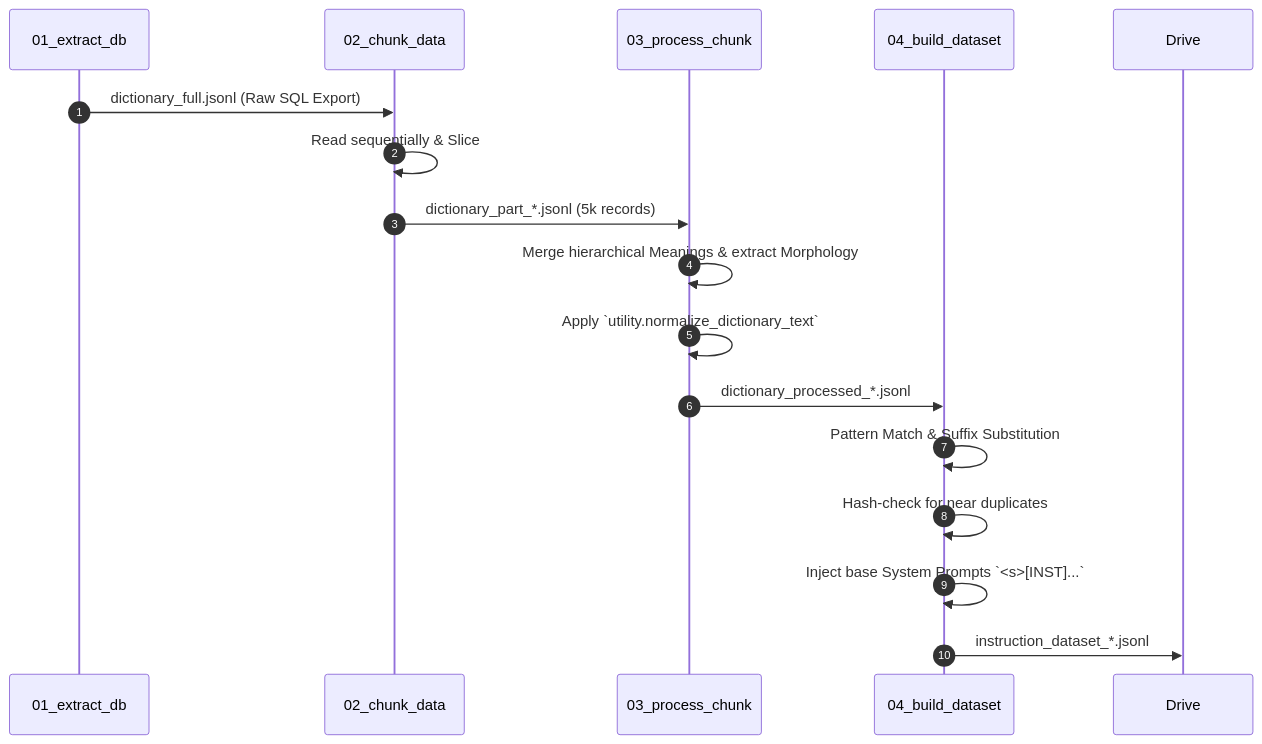
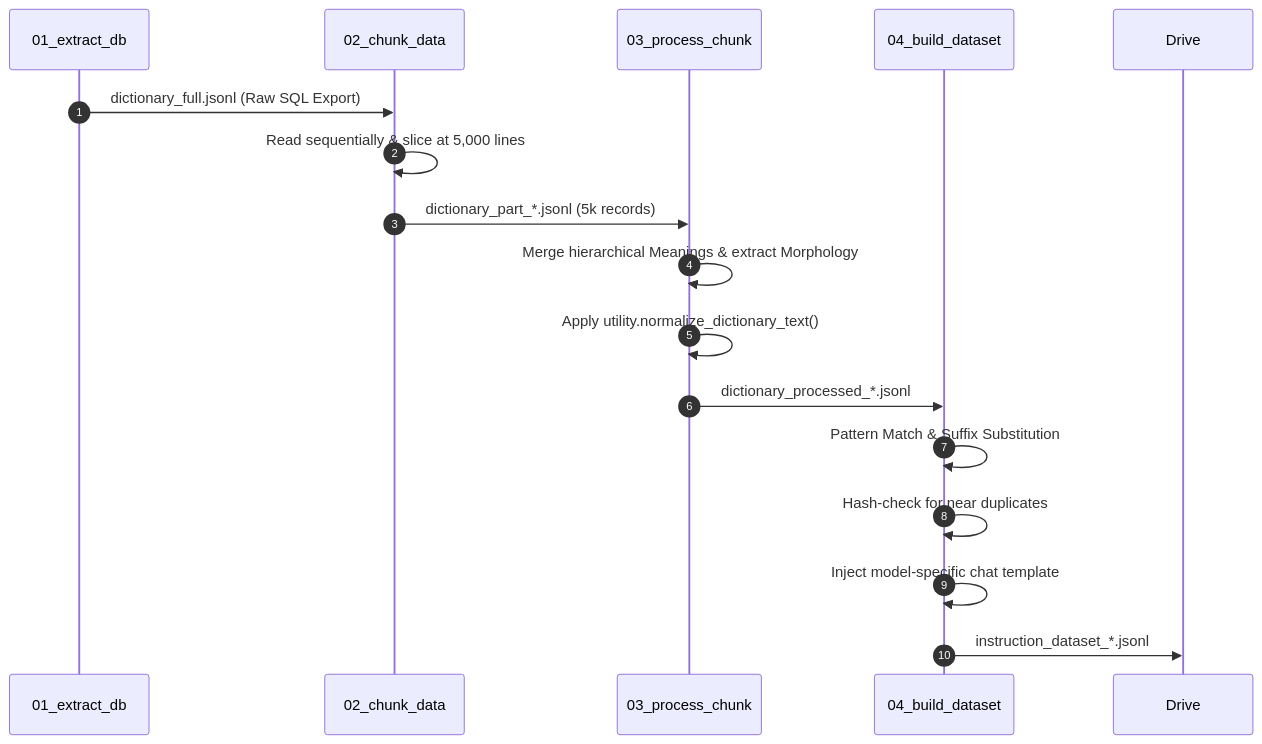
One commit to assignarc/TLF-LLM-Pipeline changed the second of 4 diagrams in README.md. Above: the diagram before and after it, drawn with Mermaid. The commit also changed other lines of this file and 1 other file, not shown here.

````diff
--- a/README.md
+++ b/README.md
@@ -163,19 +151,20 @@
 ```mermaid
+%%{init: {'themeVariables': {'fontSize': '11px'}}}%%
 sequenceDiagram
     autonumber
     participant S1 as 01_extract_db
     participant S2 as 02_chunk_data
     participant S3 as 03_process_chunk
     participant S4 as 04_build_dataset
-  
+
     S1->>S2: dictionary_full.jsonl (Raw SQL Export)
-    S2->>S2: Read sequentially & Slice
+    S2->>S2: Read sequentially & slice at 5,000 lines
     S2->>S3: dictionary_part_*.jsonl (5k records)
     S3->>S3: Merge hierarchical Meanings & extract Morphology
-    S3->>S3: Apply `utility.normalize_dictionary_text`
+    S3->>S3: Apply utility.normalize_dictionary_text()
     S3->>S4: dictionary_processed_*.jsonl
     S4->>S4: Pattern Match & Suffix Substitution
     S4->>S4: Hash-check for near duplicates
-    S4->>S4: Inject base System Prompts `<s>[INST]...`
+    S4->>S4: Inject model-specific chat template
     S4->>Drive: instruction_dataset_*.jsonl
 ```
````
